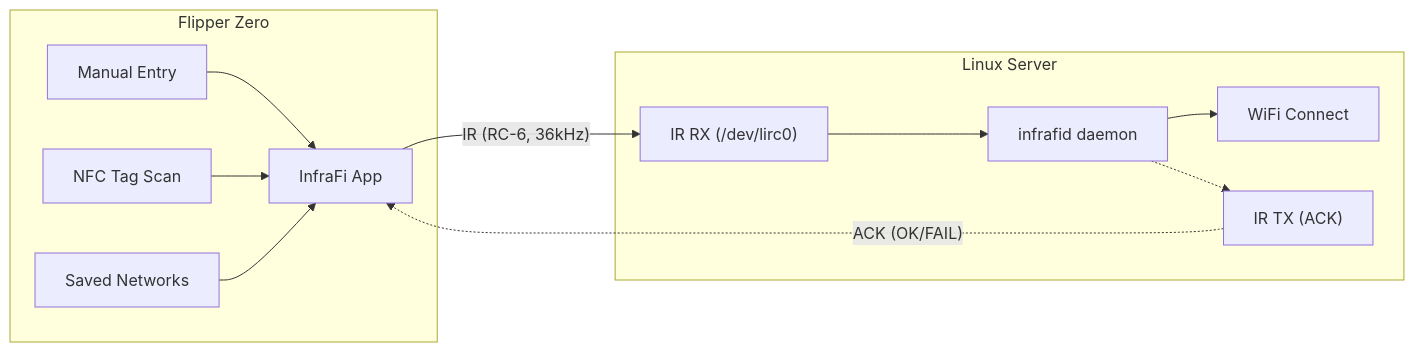
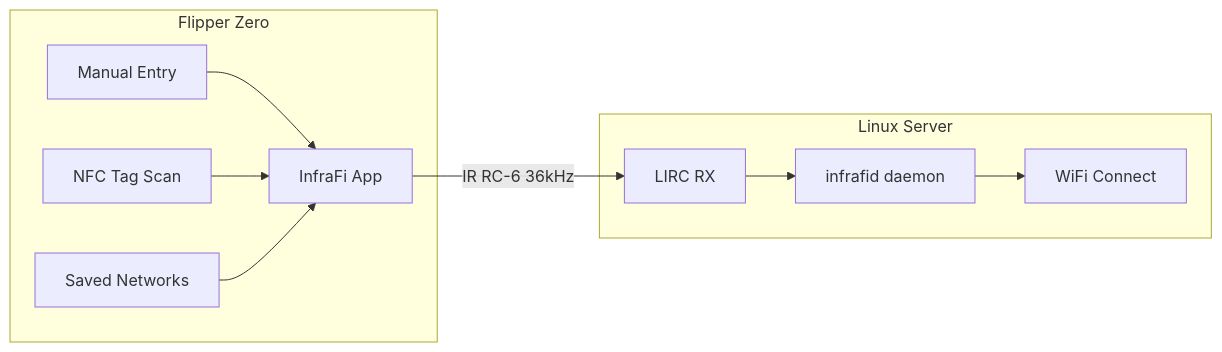
The diagram in README.md (amd989/InfraFi), drawn with Mermaid before and after one commit. The commit also changed 2 other files, not shown here.

Commit message:
ci: :pushpin: update to latest github actions to get rid of warnings
Node.js 20 actions are deprecated. The following actions are running on Node.js 20 and may not work as expected: actions/cache@v4, actions/checkout@v4, actions/setup-python@v5, actions/upload-artifact@v4. Actions will be forced to run with Node.js 24 by default starting June 2nd, 2026. Please check if updated versions of these actions are available that support Node.js 24. To opt into Node.js 24 now, set the FORCE_JAVASCRIPT_ACTIONS_TO_NODE24=true environment variable on the runner or in your workflow file. Once Node.js 24 becomes the default, you can temporarily opt out by setting ACTIONS_ALLOW_USE_UNSECURE_NODE_VERSION=true. For more information see: https://github.blog/changelog/2025-09-19-deprecation-of-node-20-on-github-actions-runners/

````diff
--- a/README.md
+++ b/README.md
@@ -9,24 +9,14 @@
 ```mermaid
 flowchart LR
     subgraph Flipper Zero
-        A[InfraFi App]
-        A1[Manual Entry]
-        A2[NFC Tag Scan]
-        A3[Saved Networks]
-        A1 --> A
-        A2 --> A
-        A3 --> A
+        A1[Manual Entry] --> A[InfraFi App]
+        A2[NFC Tag Scan] --> A
+        A3[Saved Networks] --> A
     end
 
     subgraph Linux Server
-        B[infrafid daemon]
-        B1["IR RX (/dev/lirc0)"]
-        B2[WiFi Connect]
-        B3["IR TX (ACK)"]
-        B1 --> B --> B2
-        B -.-> B3
+        B1[LIRC RX] --> B[infrafid daemon] --> B2[WiFi Connect]
     end
 
-    A -- "IR (RC-6, 36kHz)" --> B1
-    B3 -. "ACK (OK/FAIL)" .-> A
+    A -- IR RC-6 36kHz --> B1
 ```
````
